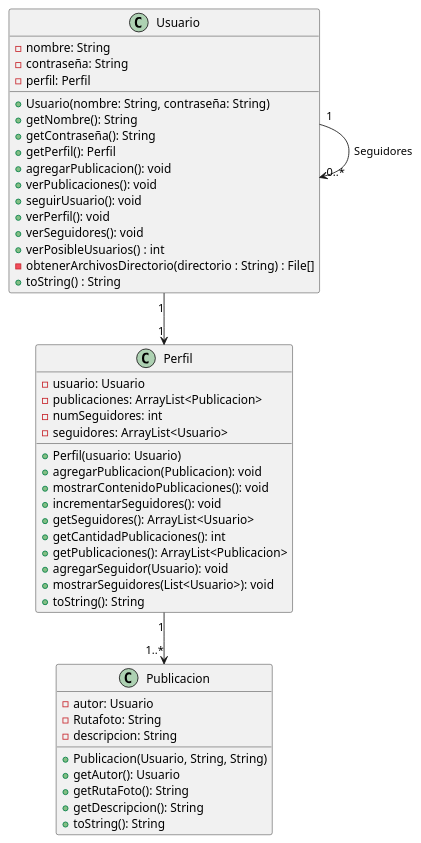
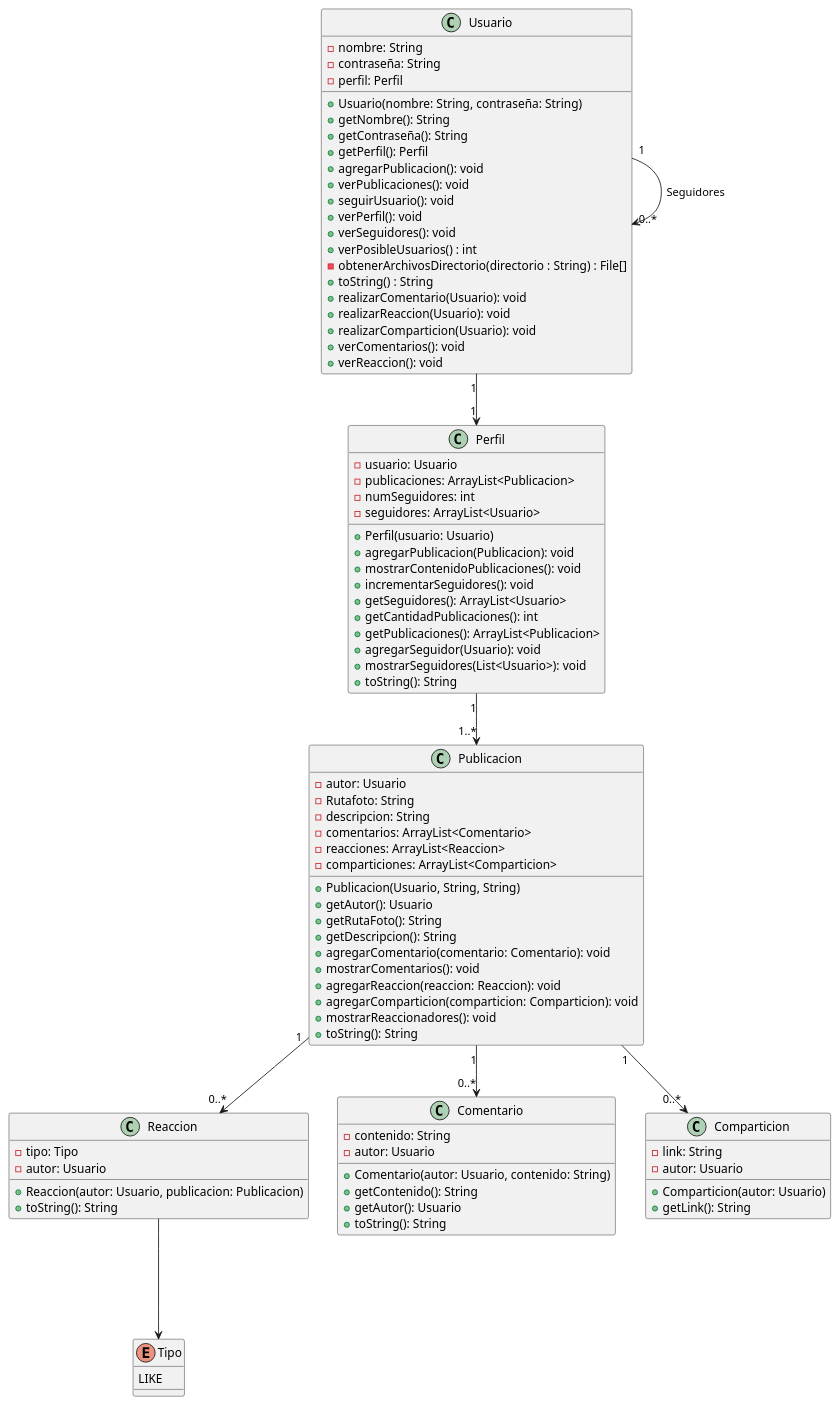
One commit to eddyarias/Proyecto_IB_MetodologiasAgiles changed the diagram in XP/Coding/Instagram/src/Instagram.puml. Above: the diagram before and after it, drawn with PlantUML. The commit also changed 7 other files, not shown here.

```diff
--- a/XP/Coding/Instagram/src/Instagram.puml
+++ b/XP/Coding/Instagram/src/Instagram.puml
@@ -1,53 +1,97 @@
 @startuml
 
 class Usuario {
   -nombre: String
   -contraseña: String
   -perfil: Perfil
   +Usuario(nombre: String, contraseña: String)
   +getNombre(): String
   +getContraseña(): String
   +getPerfil(): Perfil
   +agregarPublicacion(): void
   +verPublicaciones(): void
   +seguirUsuario(): void
   +verPerfil(): void
   +verSeguidores(): void
   + verPosibleUsuarios() : int
   - obtenerArchivosDirectorio(directorio : String) : File[]
   + toString() : String
+  +realizarComentario(Usuario): void
+  +realizarReaccion(Usuario): void
+  +realizarComparticion(Usuario): void
+  +verComentarios(): void
+  +verReaccion(): void
 }
 
 class Perfil {
   -usuario: Usuario
   -publicaciones: ArrayList<Publicacion>
   -numSeguidores: int
   -seguidores: ArrayList<Usuario>
   +Perfil(usuario: Usuario)
   +agregarPublicacion(Publicacion): void
   +mostrarContenidoPublicaciones(): void
   +incrementarSeguidores(): void
   +getSeguidores(): ArrayList<Usuario>
   +getCantidadPublicaciones(): int
   +getPublicaciones(): ArrayList<Publicacion>
   +agregarSeguidor(Usuario): void
   +mostrarSeguidores(List<Usuario>): void
   +toString(): String
 }
 
 class Publicacion {
   -autor: Usuario
   -Rutafoto: String
   -descripcion: String
+  -comentarios: ArrayList<Comentario>
+  -reacciones: ArrayList<Reaccion>
+  -comparticiones: ArrayList<Comparticion>
   +Publicacion(Usuario, String, String)
   +getAutor(): Usuario
   +getRutaFoto(): String
   +getDescripcion(): String
+  +agregarComentario(comentario: Comentario): void
+  +mostrarComentarios(): void
+  +agregarReaccion(reaccion: Reaccion): void
+  +agregarComparticion(comparticion: Comparticion): void
+  +mostrarReaccionadores(): void
   +toString(): String
+}
+
+class Reaccion {
+  -tipo: Tipo
+  -autor: Usuario
+  +Reaccion(autor: Usuario, publicacion: Publicacion)
+  +toString(): String
+}
+
+enum Tipo {
+  LIKE
+}
+
+class Comentario {
+  -contenido: String
+  -autor: Usuario
+  +Comentario(autor: Usuario, contenido: String)
+  +getContenido(): String
+  +getAutor(): Usuario
+  +toString(): String
+}
+
+class Comparticion {
+  -link: String
+  -autor: Usuario
+  +Comparticion(autor: Usuario)
+  +getLink(): String
 }
 
 Usuario "1" --> "1" Perfil
 Perfil "1" --> "1..*" Publicacion
+Publicacion "1" --> "0..*" Comentario
+Publicacion "1" --> "0..*" Reaccion
+Publicacion "1" --> "0..*" Comparticion
 Usuario "1" --> "0..*" Usuario:Seguidores
+Reaccion ---> Tipo
 
 @enduml
```
